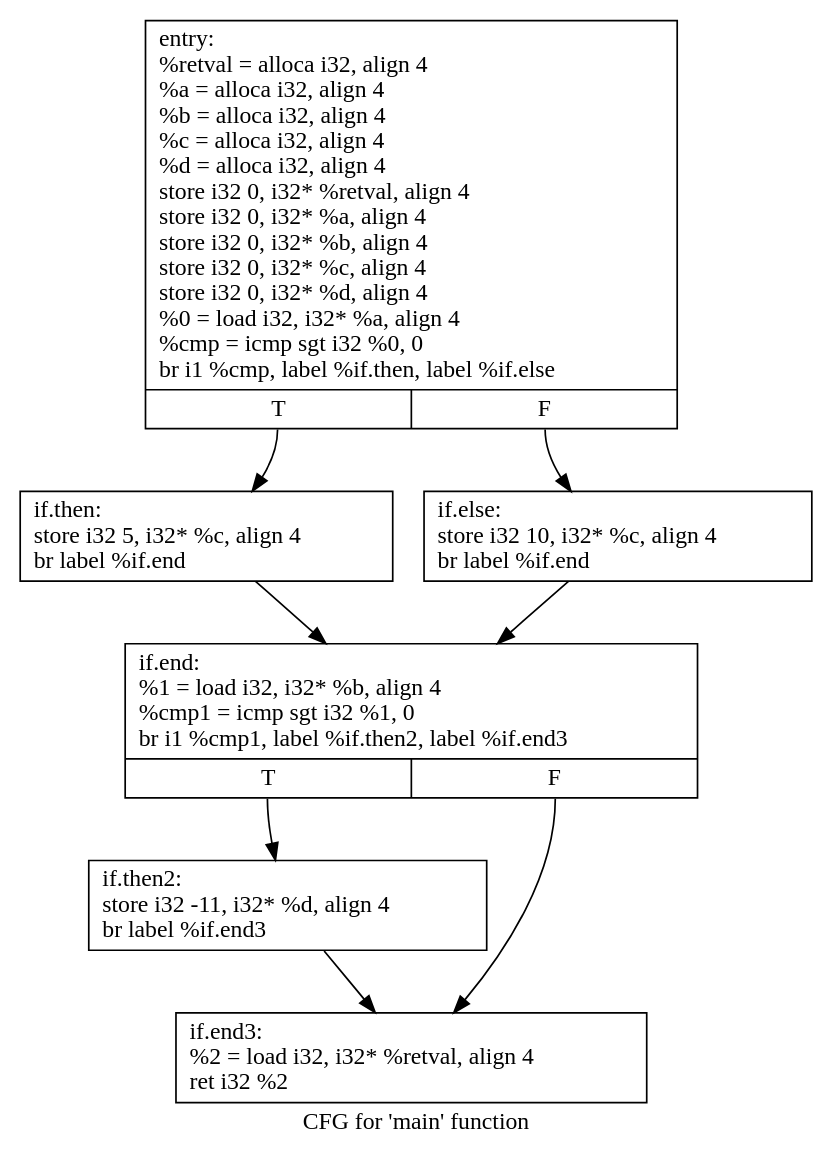
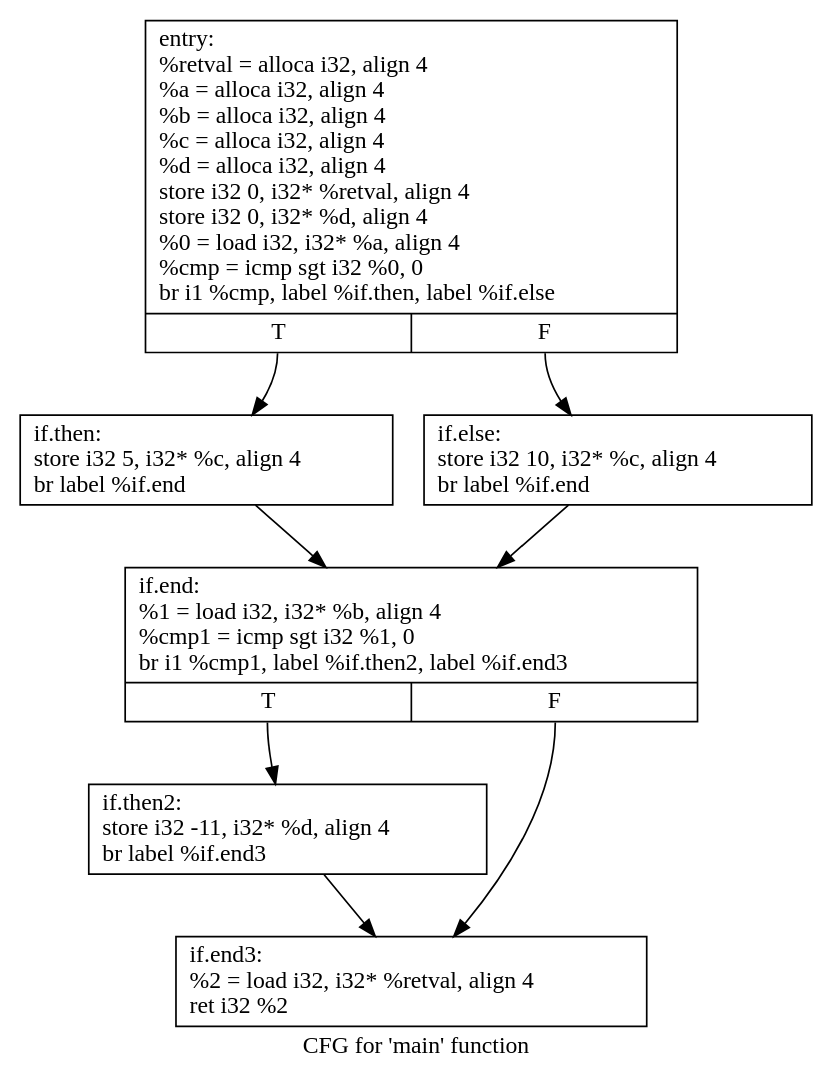
Before and after one commit to hjw95/program-analysis: the diagram in graphs/assignment3-example1.dot, drawn with Graphviz. The commit also changed 26 other files, not shown here.

```diff
--- a/graphs/assignment3-example1.dot
+++ b/graphs/assignment3-example1.dot
@@ -1,17 +1,17 @@
 digraph "CFG for 'main' function" {
 	label="CFG for 'main' function";
 
-	Node0x5605b975a870 [shape=record,label="{entry:\l  %retval = alloca i32, align 4\l  %a = alloca i32, align 4\l  %b = alloca i32, align 4\l  %c = alloca i32, align 4\l  %d = alloca i32, align 4\l  store i32 0, i32* %retval, align 4\l  store i32 0, i32* %a, align 4\l  store i32 0, i32* %b, align 4\l  store i32 0, i32* %c, align 4\l  store i32 0, i32* %d, align 4\l  %0 = load i32, i32* %a, align 4\l  %cmp = icmp sgt i32 %0, 0\l  br i1 %cmp, label %if.then, label %if.else\l|{<s0>T|<s1>F}}"];
-	Node0x5605b975a870:s0 -> Node0x5605b975b620;
-	Node0x5605b975a870:s1 -> Node0x5605b975b6f0;
-	Node0x5605b975b620 [shape=record,label="{if.then:                                          \l  store i32 5, i32* %c, align 4\l  br label %if.end\l}"];
-	Node0x5605b975b620 -> Node0x5605b975b870;
-	Node0x5605b975b6f0 [shape=record,label="{if.else:                                          \l  store i32 10, i32* %c, align 4\l  br label %if.end\l}"];
-	Node0x5605b975b6f0 -> Node0x5605b975b870;
-	Node0x5605b975b870 [shape=record,label="{if.end:                                           \l  %1 = load i32, i32* %b, align 4\l  %cmp1 = icmp sgt i32 %1, 0\l  br i1 %cmp1, label %if.then2, label %if.end3\l|{<s0>T|<s1>F}}"];
-	Node0x5605b975b870:s0 -> Node0x5605b975ba80;
-	Node0x5605b975b870:s1 -> Node0x5605b975bb60;
-	Node0x5605b975ba80 [shape=record,label="{if.then2:                                         \l  store i32 -11, i32* %d, align 4\l  br label %if.end3\l}"];
-	Node0x5605b975ba80 -> Node0x5605b975bb60;
-	Node0x5605b975bb60 [shape=record,label="{if.end3:                                          \l  %2 = load i32, i32* %retval, align 4\l  ret i32 %2\l}"];
+	Node0x555cf3a62810 [shape=record,label="{entry:\l  %retval = alloca i32, align 4\l  %a = alloca i32, align 4\l  %b = alloca i32, align 4\l  %c = alloca i32, align 4\l  %d = alloca i32, align 4\l  store i32 0, i32* %retval, align 4\l  store i32 0, i32* %d, align 4\l  %0 = load i32, i32* %a, align 4\l  %cmp = icmp sgt i32 %0, 0\l  br i1 %cmp, label %if.then, label %if.else\l|{<s0>T|<s1>F}}"];
+	Node0x555cf3a62810:s0 -> Node0x555cf3a63440;
+	Node0x555cf3a62810:s1 -> Node0x555cf3a63510;
+	Node0x555cf3a63440 [shape=record,label="{if.then:                                          \l  store i32 5, i32* %c, align 4\l  br label %if.end\l}"];
+	Node0x555cf3a63440 -> Node0x555cf3a63690;
+	Node0x555cf3a63510 [shape=record,label="{if.else:                                          \l  store i32 10, i32* %c, align 4\l  br label %if.end\l}"];
+	Node0x555cf3a63510 -> Node0x555cf3a63690;
+	Node0x555cf3a63690 [shape=record,label="{if.end:                                           \l  %1 = load i32, i32* %b, align 4\l  %cmp1 = icmp sgt i32 %1, 0\l  br i1 %cmp1, label %if.then2, label %if.end3\l|{<s0>T|<s1>F}}"];
+	Node0x555cf3a63690:s0 -> Node0x555cf3a638a0;
+	Node0x555cf3a63690:s1 -> Node0x555cf3a63980;
+	Node0x555cf3a638a0 [shape=record,label="{if.then2:                                         \l  store i32 -11, i32* %d, align 4\l  br label %if.end3\l}"];
+	Node0x555cf3a638a0 -> Node0x555cf3a63980;
+	Node0x555cf3a63980 [shape=record,label="{if.end3:                                          \l  %2 = load i32, i32* %retval, align 4\l  ret i32 %2\l}"];
 }
```
